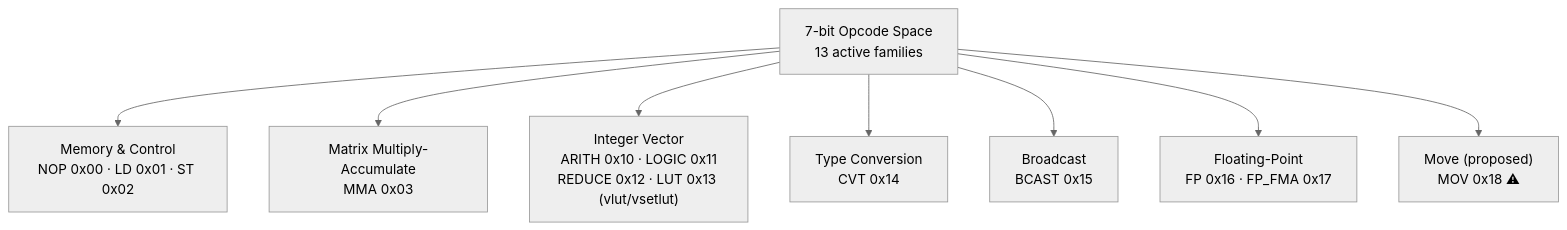
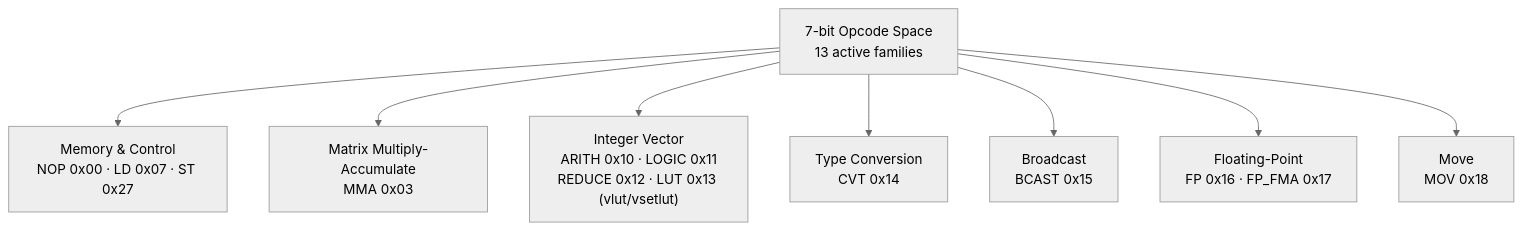
Before and after one commit to mpskex/chisel-npu: the first of 3 diagrams in docs/designs/01.isa.md, drawn with Mermaid (neutral theme). The commit also changed other lines of this file and 202 other files, not shown here.

````diff
--- a/docs/designs/01.isa.md
+++ b/docs/designs/01.isa.md
@@ -153,12 +163,12 @@
 ```mermaid
 graph TD
     ISA["7-bit Opcode Space<br/>13 active families"]
 
-    ISA --> MEM["Memory &amp; Control<br/>NOP 0x00 · LD 0x01 · ST 0x02"]
+    ISA --> MEM["Memory &amp; Control<br/>NOP 0x00 · LD 0x07 · ST 0x27"]
     ISA --> MMA["Matrix Multiply-Accumulate<br/>MMA 0x03"]
     ISA --> INT["Integer Vector<br/>ARITH 0x10 · LOGIC 0x11<br/>REDUCE 0x12 · LUT 0x13 (vlut/vsetlut)"]
     ISA --> CVT["Type Conversion<br/>CVT 0x14"]
     ISA --> BCAST["Broadcast<br/>BCAST 0x15"]
     ISA --> FP["Floating-Point<br/>FP 0x16 · FP_FMA 0x17"]
-    ISA --> MOV["Move (proposed)<br/>MOV 0x18 ⚠"]
+    ISA --> MOV["Move<br/>MOV 0x18"]
 ```
````
